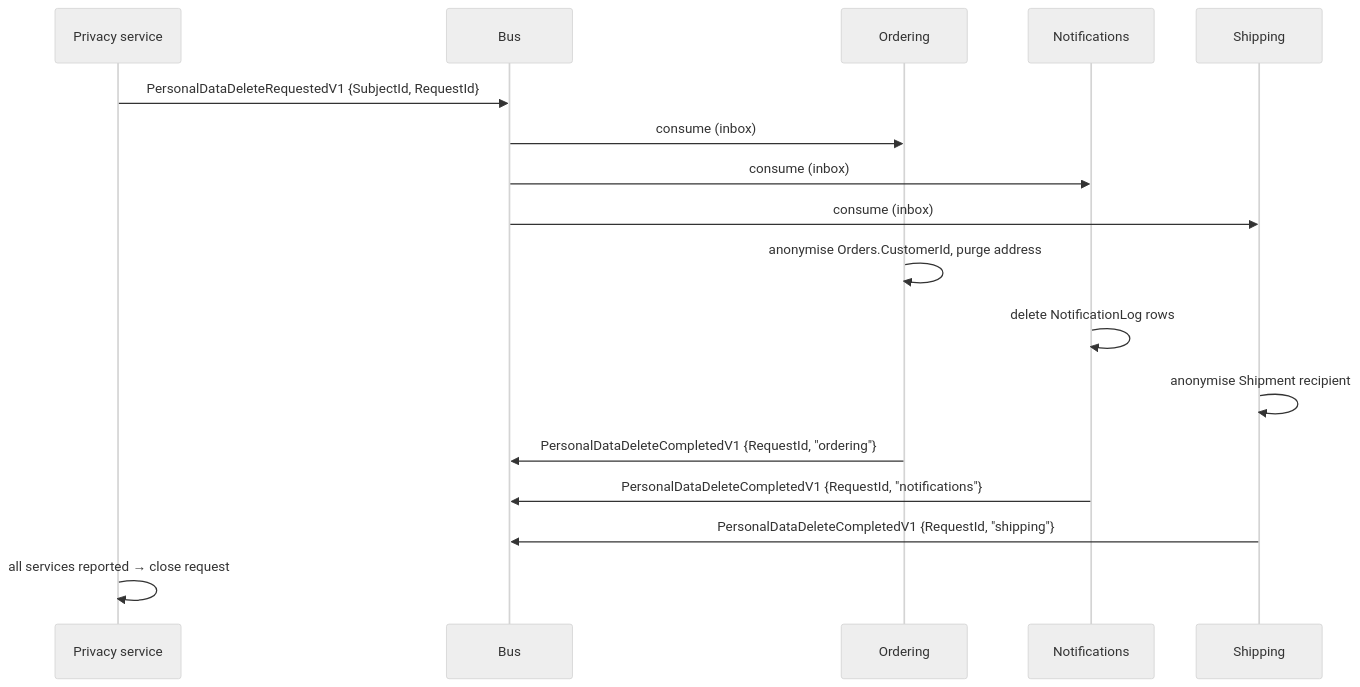
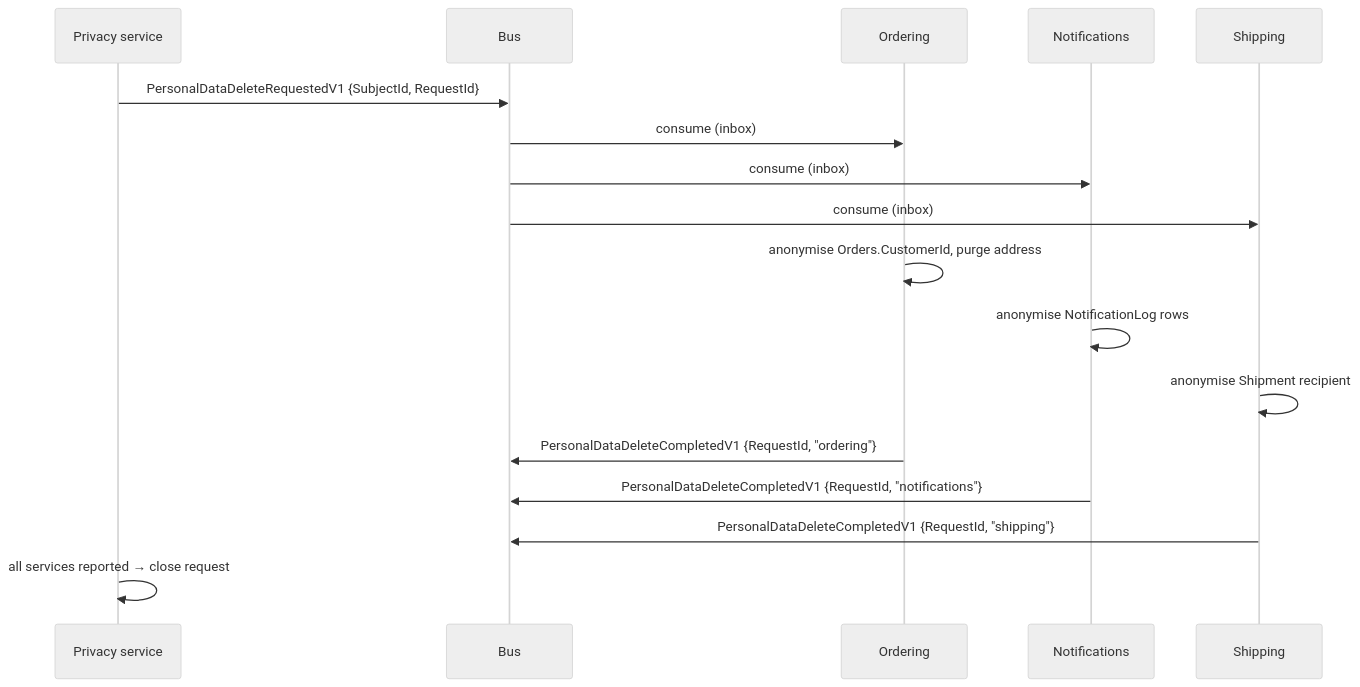
One commit to alexander-shamray/blueprint-backend changed the second of 2 diagrams in docs/backend-architecture/11-identity-authorization.md. Above: the diagram before and after it, drawn with Mermaid (neutral theme). The commit also changed other lines of this file and 2 other files, not shown here.

````diff
--- a/docs/backend-architecture/11-identity-authorization.md
+++ b/docs/backend-architecture/11-identity-authorization.md
@@ -1529,20 +1535,20 @@
 ```mermaid
 sequenceDiagram
     participant P as Privacy service
     participant B as Bus
     participant O as Ordering
     participant N as Notifications
     participant S as Shipping
 
     P->>B: PersonalDataDeleteRequestedV1 {SubjectId, RequestId}
     B->>O: consume (inbox)
     B->>N: consume (inbox)
     B->>S: consume (inbox)
     O->>O: anonymise Orders.CustomerId, purge address
-    N->>N: delete NotificationLog rows
+    N->>N: anonymise NotificationLog rows
     S->>S: anonymise Shipment recipient
     O->>B: PersonalDataDeleteCompletedV1 {RequestId, "ordering"}
     N->>B: PersonalDataDeleteCompletedV1 {RequestId, "notifications"}
     S->>B: PersonalDataDeleteCompletedV1 {RequestId, "shipping"}
     P->>P: all services reported → close request
 ```
````
